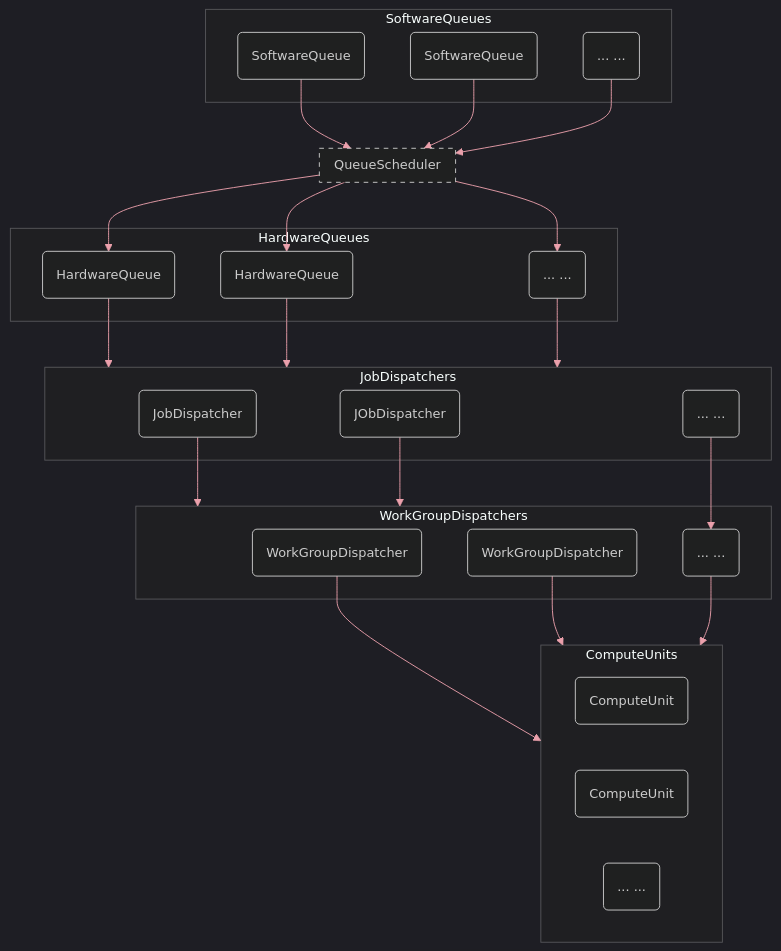
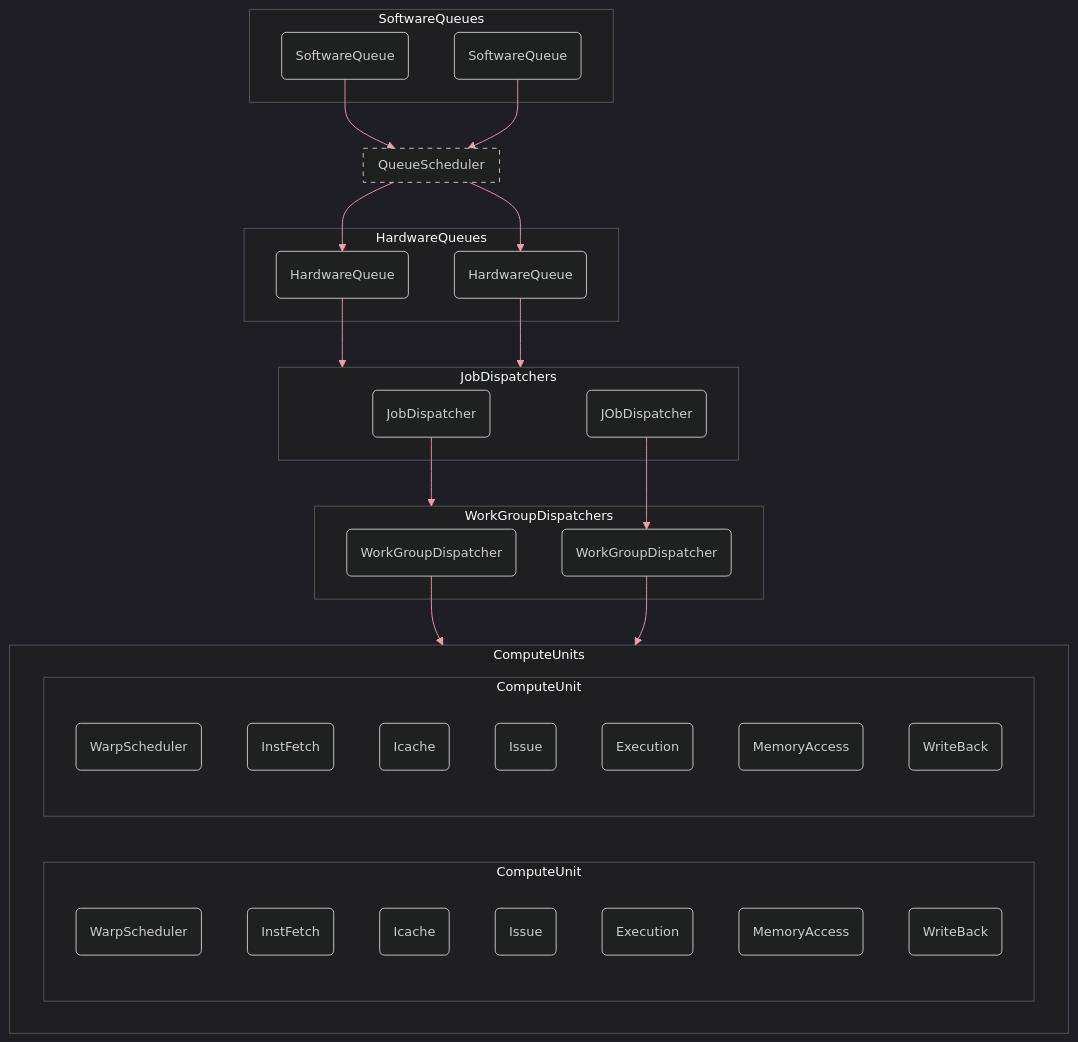
One commit to OpenGPGPU/opengpu changed the diagram in README.md. Above: the diagram before and after it, drawn with Mermaid. The commit also changed 2 other files, not shown here.

Commit message:
FPUIssue: remove isRVC signal

````diff
--- a/README.md
+++ b/README.md
@@ -8,67 +8,73 @@
 ```mermaid
 %%{
   init: {
     'theme': 'dark',
     'themeVariables': {
       'lineColor': 'rgb(235, 160, 172)',
       'clusterBkg': 'rgba(33,33,33,0.5)',
       'fontFamily': 'Inter',
       'fontSize': '14px'
     }
   }
 }%%
 
 flowchart TD
   subgraph sqs[SoftwareQueues]
-    sq0(SoftwareQueue)
     sq1(SoftwareQueue)
-    sqn(... ...)
+    sqn(SoftwareQueue)
   end
 
   subgraph qs[QueueScheduler]
     style qs stroke-dasharray: 5 5
   end
 
   subgraph hqs[HardwareQueues]
-    hq0(HardwareQueue)
     hq1(HardwareQueue)
-    hqn(... ...)
+    hqn(HardwareQueue)
   end
 
   subgraph jd[JobDispatchers]
     jd1(JobDispatcher)
-    jd2(JObDispatcher)
-    jdn(... ...)
+    jdn(JObDispatcher)
   end
 
   subgraph wgd[WorkGroupDispatchers]
     wgd1(WorkGroupDispatcher)
-    wgd2(WorkGroupDispatcher)
-    wgdn(... ...)
+    wgdn(WorkGroupDispatcher)
   end
 
   subgraph cus[ComputeUnits]
-    cu1(ComputeUnit)
-    cu2(ComputeUnit)
-    cun(... ...)
+    subgraph cu1[ComputeUnit]
+      ws(WarpScheduler)
+      fetch(InstFetch)
+      icache(Icache)
+      issue(Issue)
+      exe(Execution)
+      mem(MemoryAccess)
+      wb(WriteBack)
+    end
+    subgraph cun[ComputeUnit]
+      wsn(WarpScheduler)
+      fetchn(InstFetch)
+      icachen(Icache)
+      issuen(Issue)
+      exen(Execution)
+      memn(MemoryAccess)
+      wbn(WriteBack)
+    end
   end
 
-  sq0 --> qs
   sq1 --> qs
   sqn --> qs
-  qs --> hq0
   qs --> hq1
   qs --> hqn
-  hq0 --> jd
   hq1 --> jd
   hqn --> jd
 
   jd1 --> wgd
-  jd2 --> wgd
   jdn --> wgdn
 
   wgd1 --> cus
-  wgd2 --> cus
   wgdn --> cus
 
 ```
````
